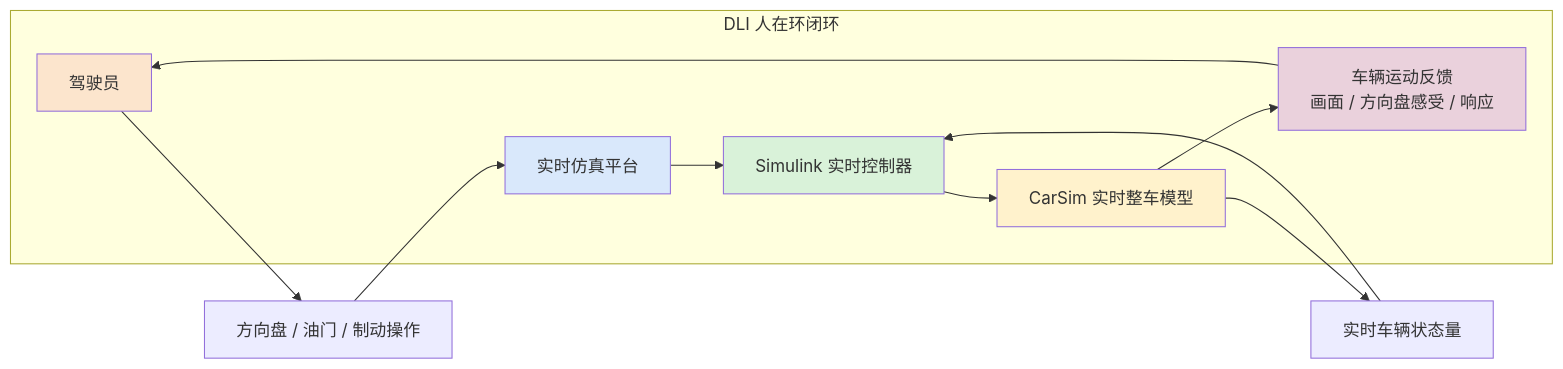
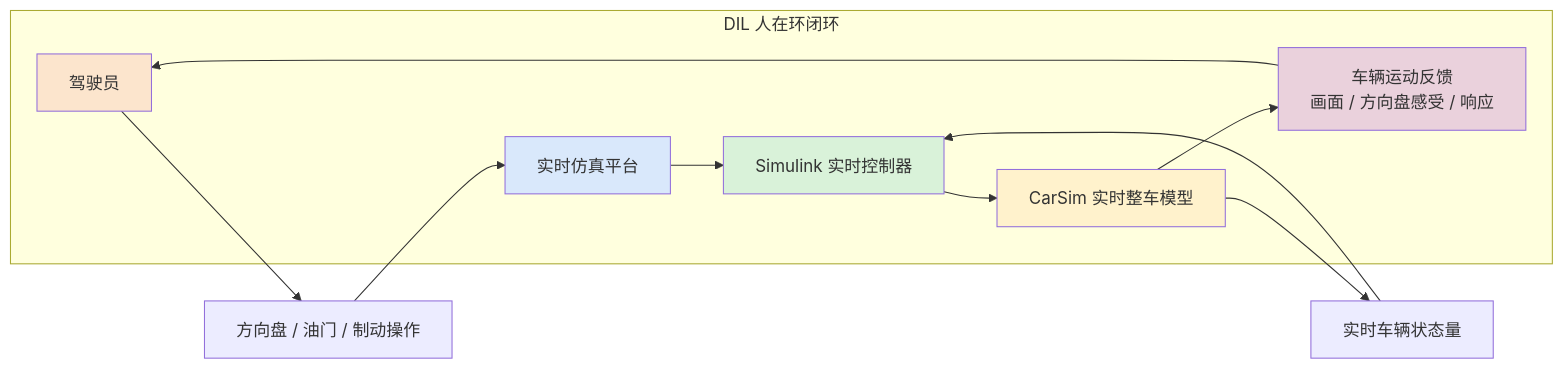
The seventh of 15 diagrams in DYC_设计流程说明.md (onebulletkick/Control_EVO_FSAE_CN), drawn with Mermaid before and after one commit. The commit also changed other lines of this file and 7 other files, not shown here.

Commit message:
docs(readme): add quickstart diagrams

````diff
--- a/DYC_设计流程说明.md
+++ b/DYC_设计流程说明.md
@@ -180,21 +180,21 @@
 ```mermaid
 flowchart LR
     driver["驾驶员"] --> wheel["方向盘 / 油门 / 制动操作"]
     wheel --> rt["实时仿真平台"]
 
-    subgraph dli["DLI 人在环闭环"]
+    subgraph dil["DIL 人在环闭环"]
         rt --> controller["Simulink 实时控制器"]
         controller --> carsim["CarSim 实时整车模型"]
         carsim --> feedback["车辆运动反馈<br/>画面 / 方向盘感受 / 响应"]
         feedback --> driver
     end
 
     carsim --> signal["实时车辆状态量"]
     signal --> controller
 
     style driver fill:#fce5cd
     style rt fill:#d9e8fb
     style controller fill:#d9f2d9
     style carsim fill:#fff2cc
     style feedback fill:#ead1dc
 ```
````
